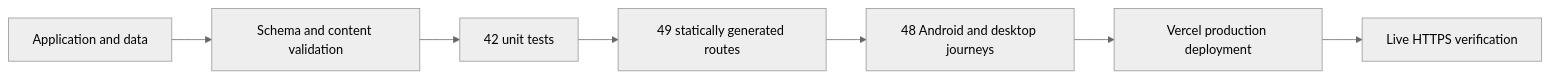
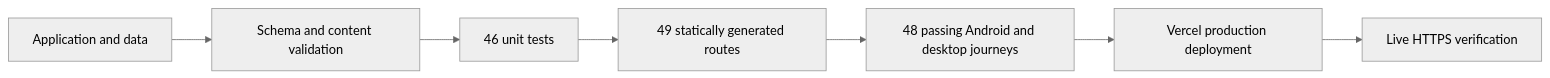
The third of 3 diagrams in README.md (DSGAMING98/kannadada-beru), drawn with Mermaid (neutral theme) before and after one commit. The commit also changed other lines of this file and 45 other files, not shown here.

````diff
--- a/README.md
+++ b/README.md
@@ -170,9 +182,9 @@
 ```mermaid
 flowchart LR
     Source[Application and data] --> Validate[Schema and content validation]
-    Validate --> Unit[42 unit tests]
+    Validate --> Unit[46 unit tests]
     Unit --> Build[49 statically generated routes]
-    Build --> Browser[48 Android and desktop journeys]
+    Build --> Browser[48 passing Android and desktop journeys]
     Browser --> Deploy[Vercel production deployment]
     Deploy --> Live[Live HTTPS verification]
 ```
````
